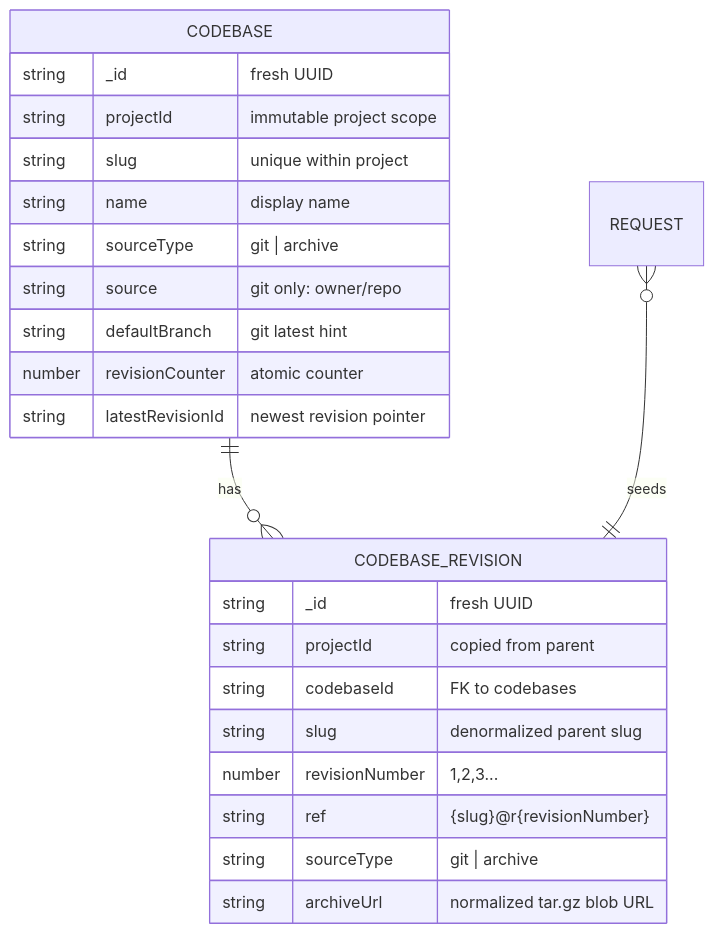
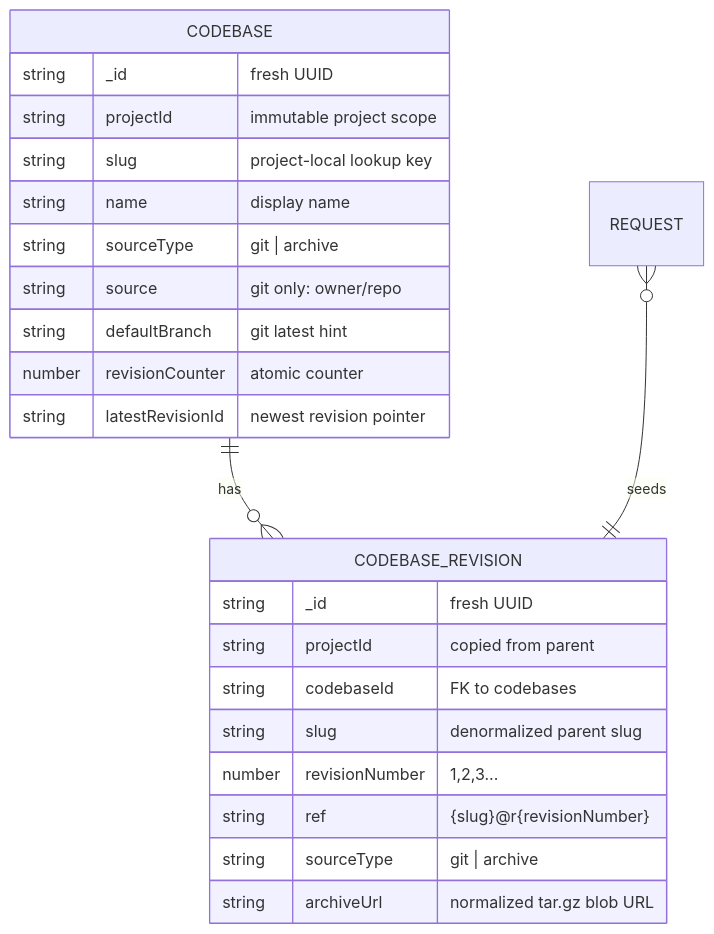
The second of 3 diagrams in docs/architecture/codebases.md (1aifanatic/scope), drawn with Mermaid before and after one commit. The commit also changed other lines of this file and 33 other files, not shown here.

````diff
--- a/docs/architecture/codebases.md
+++ b/docs/architecture/codebases.md
@@ -54,28 +54,28 @@
 ```mermaid
 erDiagram
     CODEBASE ||--o{ CODEBASE_REVISION : has
     REQUEST }o--|| CODEBASE_REVISION : seeds
 
     CODEBASE {
         string _id "fresh UUID"
         string projectId "immutable project scope"
-        string slug "unique within project"
+        string slug "project-local lookup key"
         string name "display name"
         string sourceType "git | archive"
         string source "git only: owner/repo"
         string defaultBranch "git latest hint"
         number revisionCounter "atomic counter"
         string latestRevisionId "newest revision pointer"
     }
 
     CODEBASE_REVISION {
         string _id "fresh UUID"
         string projectId "copied from parent"
         string codebaseId "FK to codebases"
         string slug "denormalized parent slug"
         number revisionNumber "1,2,3..."
         string ref "{slug}@r{revisionNumber}"
         string sourceType "git | archive"
         string archiveUrl "normalized tar.gz blob URL"
     }
 ```
````
